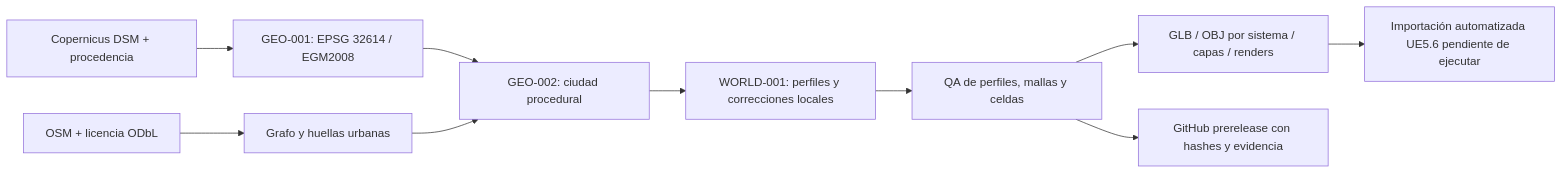
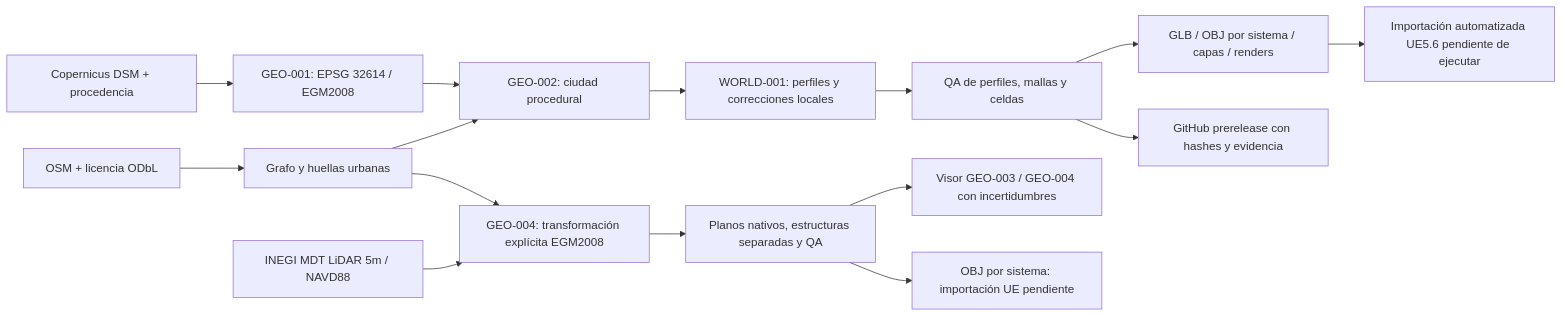
One commit to DavrosMTY/MonterreySANDBOX changed the diagram in README.md. Above: the diagram before and after it, drawn with Mermaid. The commit also changed 7 other files, not shown here.

Commit message:
fix(geo004): clarify centimetre exports and verify all 279 OBJ cells

````diff
--- a/README.md
+++ b/README.md
@@ -61,12 +61,17 @@
 ```mermaid
 flowchart LR
     DEM[Copernicus DSM + procedencia] --> GIS[GEO-001: EPSG 32614 / EGM2008]
     OSM[OSM + licencia ODbL] --> Urban[Grafo y huellas urbanas]
     GIS --> City[GEO-002: ciudad procedural]
     Urban --> City
     City --> World[WORLD-001: perfiles y correcciones locales]
     World --> QA[QA de perfiles, mallas y celdas]
     QA --> Assets[GLB / OBJ por sistema / capas / renders]
     Assets --> UE[Importación automatizada UE5.6 pendiente de ejecutar]
     QA --> Release[GitHub prerelease con hashes y evidencia]
+    INEGI[INEGI MDT LiDAR 5m / NAVD88] --> Native[GEO-004: transformación explícita EGM2008]
+    Urban --> Native
+    Native --> QA4[Planos nativos, estructuras separadas y QA]
+    QA4 --> Compare[Visor GEO-003 / GEO-004 con incertidumbres]
+    QA4 --> StaticUE[OBJ por sistema: importación UE pendiente]
 ```
````
